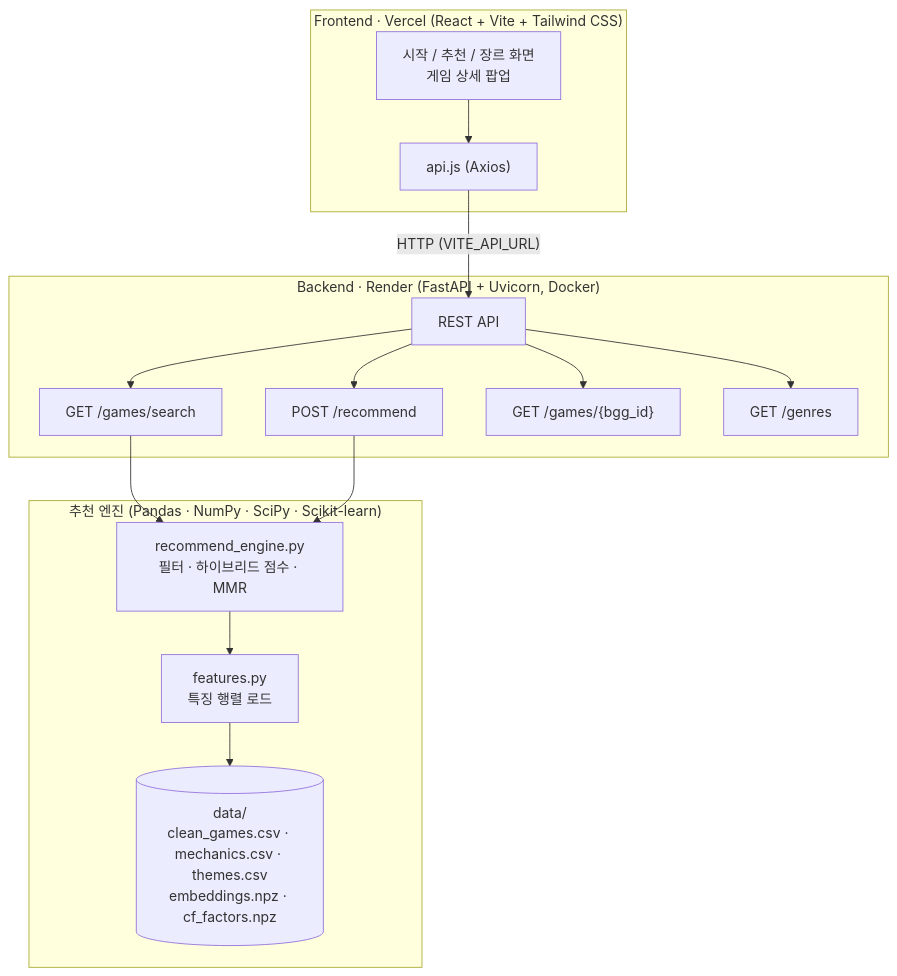
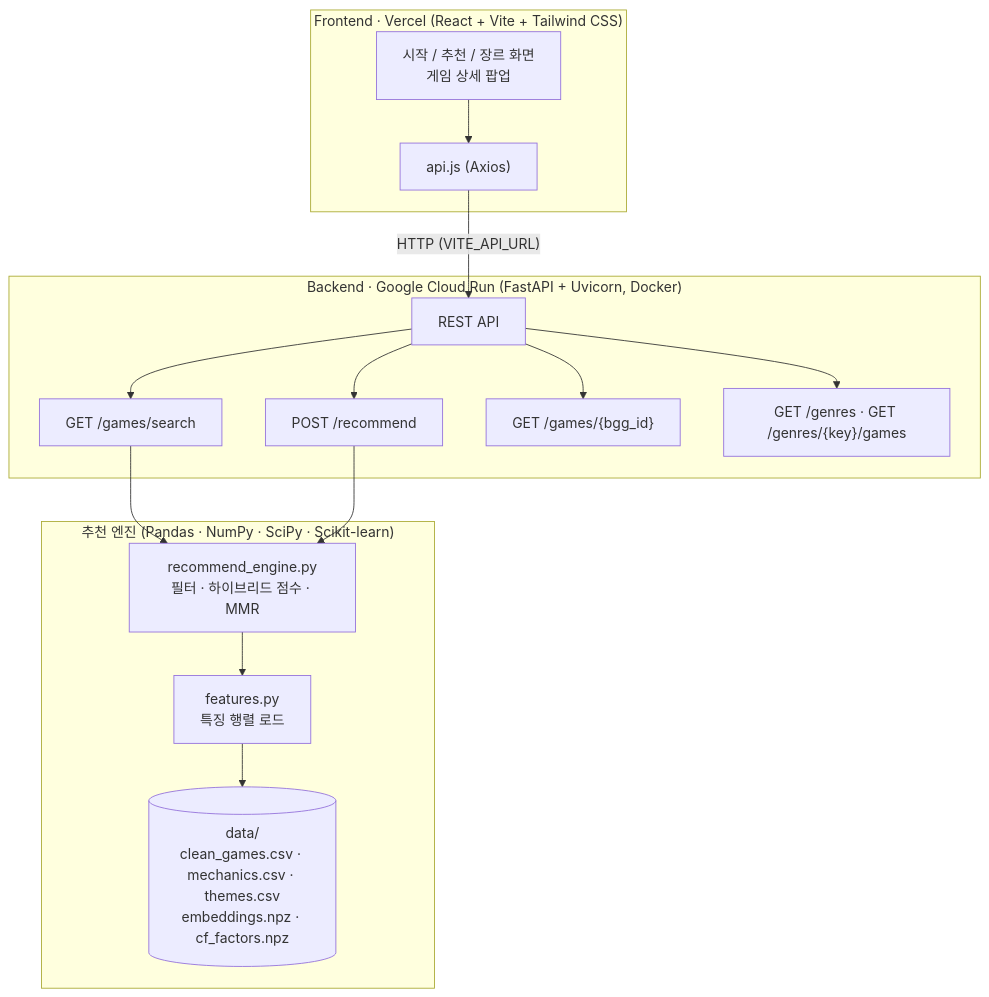
The second of 2 diagrams in README.md (junijuny/boardgame-recommender), drawn with Mermaid before and after one commit. The commit also changed other lines of this file and 9 other files, not shown here.

````diff
--- a/README.md
+++ b/README.md
@@ -94,29 +94,29 @@
 ```mermaid
 graph TD
     subgraph Frontend ["Frontend · Vercel (React + Vite + Tailwind CSS)"]
         UI["시작 / 추천 / 장르 화면<br/>게임 상세 팝업"]
         Axios["api.js (Axios)"]
     end
 
-    subgraph Backend ["Backend · Render (FastAPI + Uvicorn, Docker)"]
+    subgraph Backend ["Backend · Google Cloud Run (FastAPI + Uvicorn, Docker)"]
         API["REST API"]
         Search["GET /games/search"]
         Recommend["POST /recommend"]
         Detail["GET /games/{bgg_id}"]
-        Genres["GET /genres"]
+        Genres["GET /genres · GET /genres/{key}/games"]
     end
 
     subgraph Engine ["추천 엔진 (Pandas · NumPy · SciPy · Scikit-learn)"]
         Features["features.py<br/>특징 행렬 로드"]
         Core["recommend_engine.py<br/>필터 · 하이브리드 점수 · MMR"]
         Data[("data/<br/>clean_games.csv · mechanics.csv · themes.csv<br/>embeddings.npz · cf_factors.npz")]
     end
 
     UI --> Axios
     Axios -->|"HTTP (VITE_API_URL)"| API
     API --> Search & Recommend & Detail & Genres
     Search --> Core
     Recommend --> Core
     Core --> Features
     Features --> Data
 ```
````
